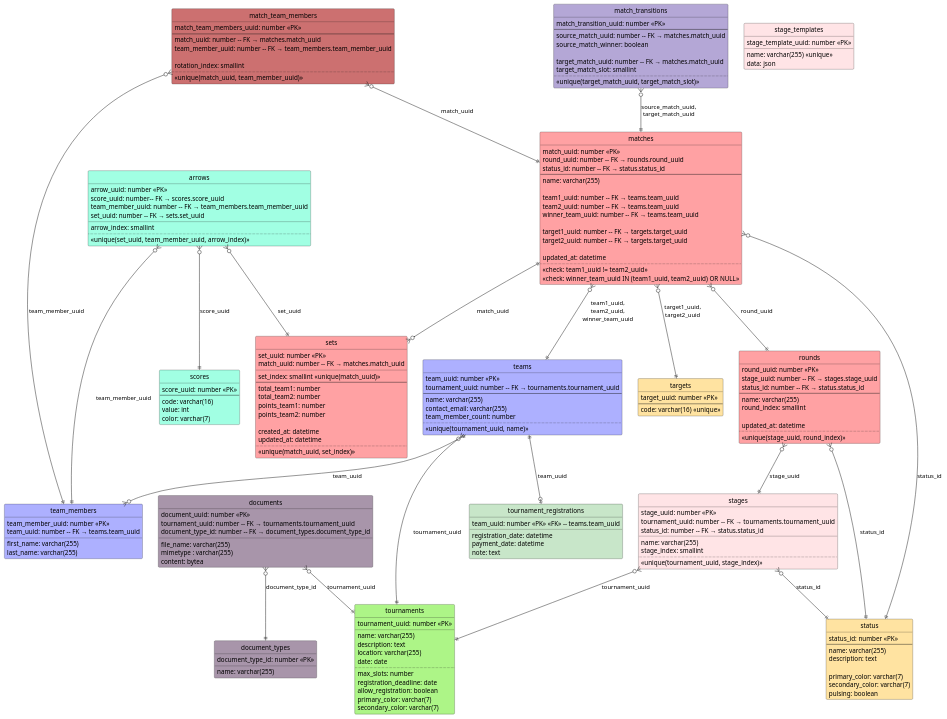
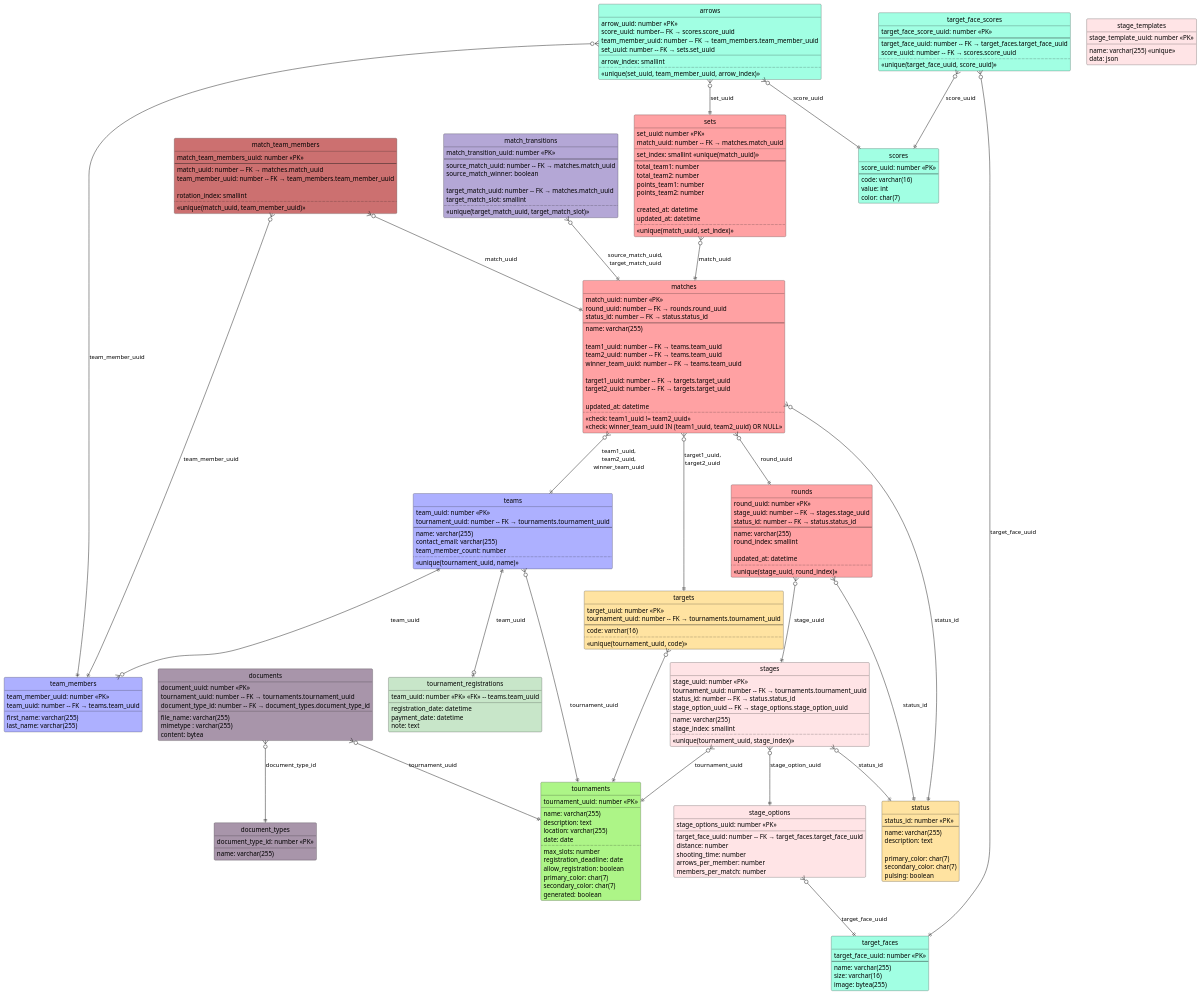
One commit to SV-Scherenbostel-Bogensport/archery-team-tournament-backend changed the diagram in structure.puml. Above: the diagram before and after it, drawn with PlantUML. The commit also changed 16 other files, not shown here.

First line of the commit message:
Add TargetFace and StageOption domain models

```diff
--- a/structure.puml
+++ b/structure.puml
@@ -14,8 +14,9 @@
     max_slots: number
     registration_deadline: date
     allow_registration: boolean
-    primary_color: varchar(7)
-    secondary_color: varchar(7)
+    primary_color: char(7)
+    secondary_color: char(7)
+    generated: boolean
 }
 
 entity "tournament_registrations" as tournament_registrations #c8e6c9 {
@@ -53,6 +54,7 @@
     stage_uuid: number <<PK>>
     tournament_uuid: number -- FK → tournaments.tournament_uuid
     status_id: number -- FK → status.status_id
+    stage_option_uuid -- FK → stage_options.stage_option_uuid
     __
     name: varchar(255)
     stage_index: smallint
@@ -65,6 +67,16 @@
     __
     name: varchar(255) <<unique>>
     data: json
+}
+
+entity "stage_options" as stage_options #ffe4e6 {
+    stage_options_uuid: number <<PK>>
+    __
+    target_face_uuid: number -- FK → target_faces.target_face_uuid
+    distance: number
+    shooting_time: number
+    arrows_per_member: number
+    members_per_match: number
 }
 
 
@@ -161,8 +173,26 @@
     --
     code: varchar(16)
     value: int
-    color: varchar(7)
+    color: char(7)
 }
+
+entity "target_faces" as target_faces #a1ffe3 {
+    target_face_uuid: number <<PK>>
+    --
+    name: varchar(255)
+    size: varchar(16)
+    image: bytea(255)
+}
+
+entity "target_face_scores" as target_face_scores #a1ffe3 {
+    target_face_score_uuid: number <<PK>>
+    --
+    target_face_uuid: number -- FK → target_faces.target_face_uuid
+    score_uuid: number -- FK → scores.score_uuid
+    ..
+    <<unique(target_face_uuid, score_uuid)>>
+}
+
 
 
 
@@ -174,15 +204,18 @@
     name: varchar(255)
     description: text
 
-    primary_color: varchar(7)
-    secondary_color: varchar(7)
+    primary_color: char(7)
+    secondary_color: char(7)
     pulsing: boolean
 }
 
 entity "targets" as targets #ffe3a1 {
     target_uuid: number <<PK>>
+    tournament_uuid: number -- FK → tournaments.tournament_uuid
     --
-    code: varchar(16) <<unique>>
+    code: varchar(16)
+    ..
+    <<unique(tournament_uuid, code)>>
 }
 
 
@@ -214,18 +247,23 @@
 arrows }o--|| team_members : "team_member_uuid"
 arrows }o--|| sets : "set_uuid"
 
-sets }o-u-|| matches : "match_uuid"
+sets }o--|| matches : "match_uuid"
 
 matches }o--|| teams : "team1_uuid,\nteam2_uuid,\nwinner_team_uuid"
 matches }o--|| targets : "target1_uuid,\ntarget2_uuid"
 matches }o--|| rounds : "round_uuid"
 matches }o--|| status : "status_id"
 
+targets }o--|| tournaments
+
 rounds }o--|| status : "status_id"
 rounds }o--|| stages : "stage_uuid"
 
 stages }o--|| status : "status_id"
 stages }o--|| tournaments : "tournament_uuid"
+stages }o--|| stage_options : "stage_option_uuid"
+
+stage_options }o--|| target_faces : "target_face_uuid"
 
 documents }o--|| document_types : "document_type_id"
 documents }o--|| tournaments : "tournament_uuid"
@@ -234,4 +272,7 @@
 
 match_team_members }o--|| matches : "match_uuid"
 match_team_members }o--|| team_members : "team_member_uuid"
+
+target_face_scores }o--|| target_faces : "target_face_uuid"
+target_face_scores }o--|| scores : "score_uuid"
 @enduml
```
